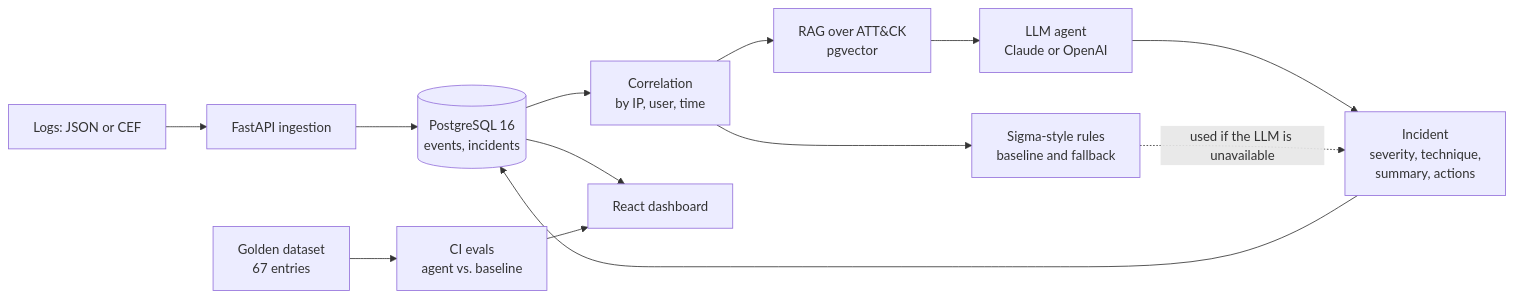
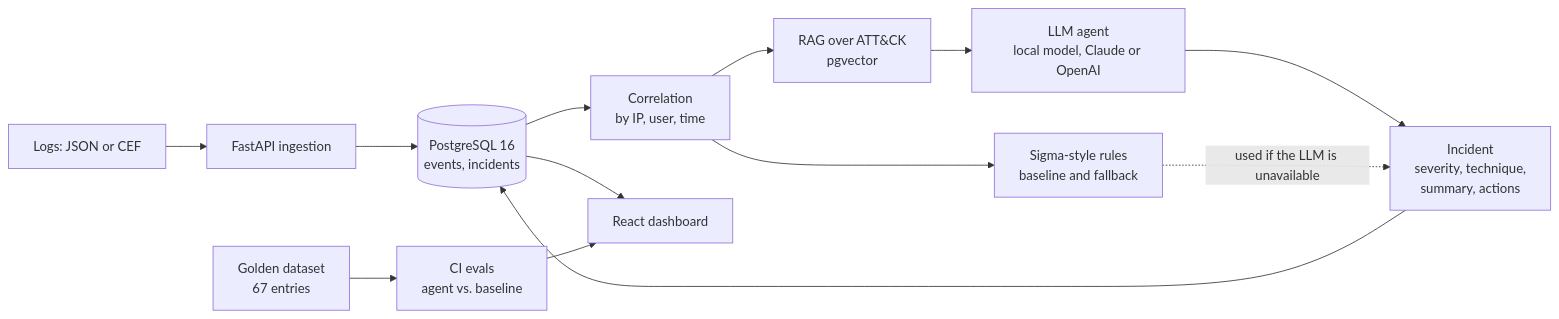
One commit to FernandoJohansen/soc-copilot changed the diagram in README.md. Above: the diagram before and after it, drawn with Mermaid. The commit also changed other lines of this file and 9 other files, not shown here.

First line of the commit message:
Make a local Ollama model the default provider

````diff
--- a/README.md
+++ b/README.md
@@ -35,15 +35,15 @@
 ```mermaid
 flowchart LR
     logs[Logs: JSON or CEF] --> api[FastAPI ingestion]
     api --> pg[(PostgreSQL 16<br/>events, incidents)]
     pg --> group[Correlation<br/>by IP, user, time]
     group --> rag[RAG over ATT&CK<br/>pgvector]
     group --> sigma[Sigma-style rules<br/>baseline and fallback]
-    rag --> llm[LLM agent<br/>Claude or OpenAI]
+    rag --> llm[LLM agent<br/>local model, Claude or OpenAI]
     llm --> incident[Incident<br/>severity, technique,<br/>summary, actions]
     sigma -. used if the LLM is unavailable .-> incident
     incident --> pg
     pg --> ui[React dashboard]
     evals[Golden dataset<br/>67 entries] --> ci[CI evals<br/>agent vs. baseline]
     ci --> ui
 ```
````
